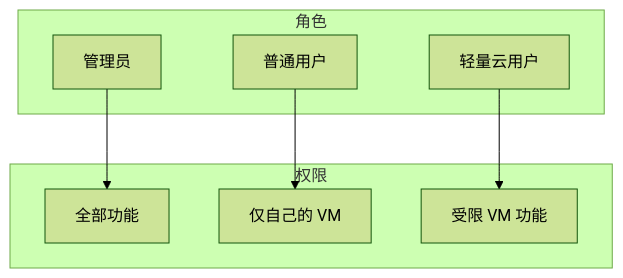
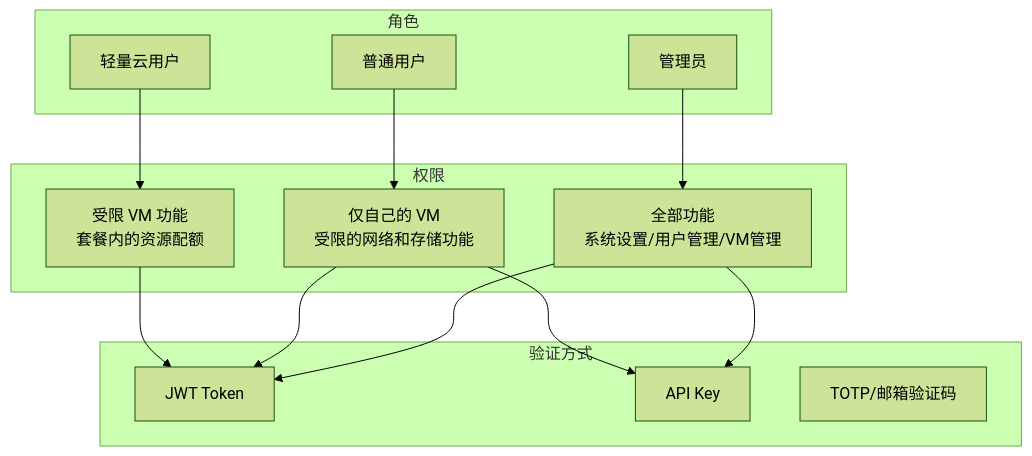
Before and after one commit to QVMConsole/docs: diagram 16 of 18 in docs/feature-analysis/qvmconsole-architecture.mdx, drawn with Mermaid (forest theme). The commit also changed other lines of this file, not shown here.

````diff
--- a/docs/feature-analysis/qvmconsole-architecture.mdx
+++ b/docs/feature-analysis/qvmconsole-architecture.mdx
@@ -478,18 +721,30 @@
 ```mermaid
 graph TB
     subgraph 角色
         Admin[管理员]
         User[普通用户]
         Lightweight[轻量云用户]
     end
     
     subgraph 权限
-        AllAccess[全部功能]
-        VMOwned[仅自己的 VM]
-        LimitedVM[受限 VM 功能]
+        AllAccess[全部功能<br/>系统设置/用户管理/VM管理]
+        VMOwned[仅自己的 VM<br/>受限的网络和存储功能]
+        LimitedVM[受限 VM 功能<br/>套餐内的资源配额]
+    end
+    
+    subgraph 验证方式
+        JWT[JWT Token]
+        APIKey[API Key]
+        TOTP[TOTP/邮箱验证码]
     end
     
     Admin --> AllAccess
     User --> VMOwned
     Lightweight --> LimitedVM
+    
+    AllAccess --> JWT
+    AllAccess --> APIKey
+    VMOwned --> JWT
+    VMOwned --> APIKey
+    LimitedVM --> JWT
 ```
````
